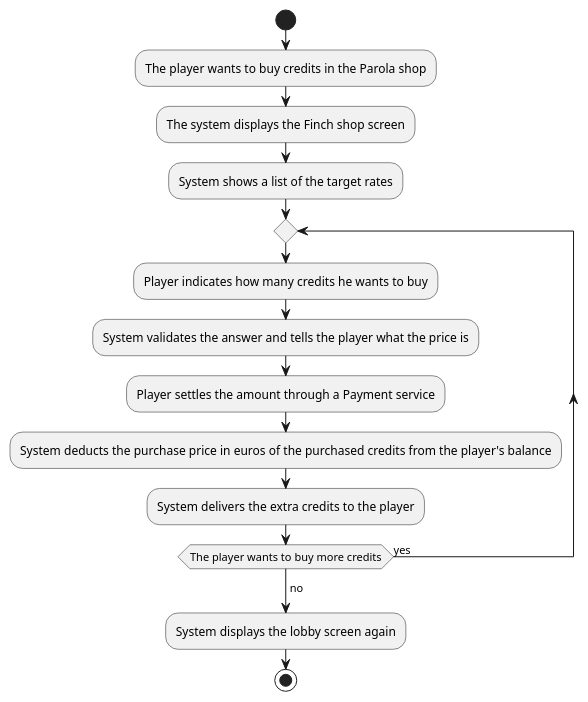
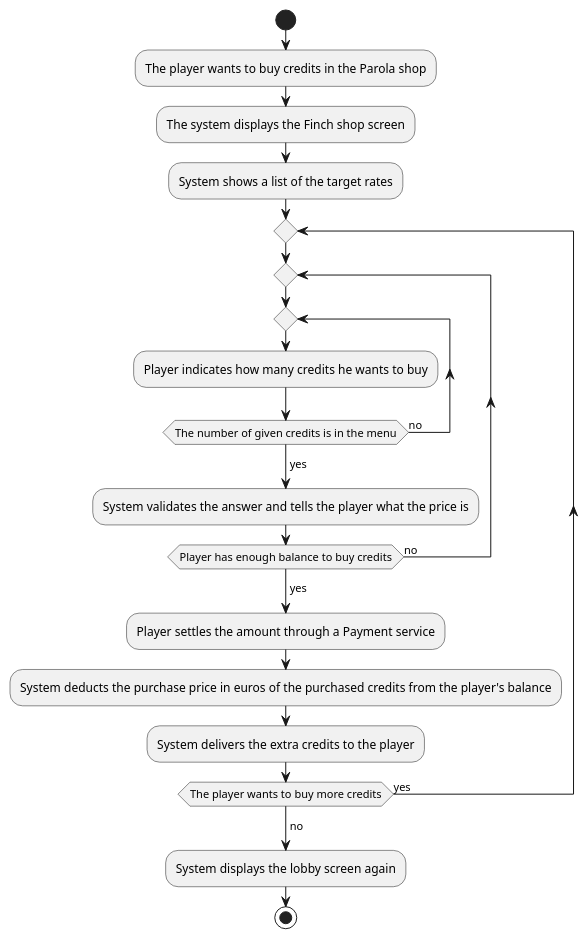
One commit to jchen2011/Parola changed the diagram in diagrams/ac_buy_credits.puml. Above: the diagram before and after it, drawn with PlantUML. The commit also changed 15 other files, not shown here.

```diff
--- a/diagrams/ac_buy_credits.puml
+++ b/diagrams/ac_buy_credits.puml
@@ -1,14 +1,20 @@
 start
 :The player wants to buy credits in the Parola shop;
 :The system displays the Finch shop screen;
 :System shows a list of the target rates;
 repeat
+repeat
+repeat
 :Player indicates how many credits he wants to buy;
+repeat while (The number of given credits is in the menu) is (no)
+->yes;
 :System validates the answer and tells the player what the price is;
+repeat while (Player has enough balance to buy credits) is (no)
+->yes;
 :Player settles the amount through a Payment service;
 :System deducts the purchase price in euros of the purchased credits from the player's balance;
 :System delivers the extra credits to the player;
 repeat while (The player wants to buy more credits) is (yes)
 ->no;
 :System displays the lobby screen again;
 stop
```
